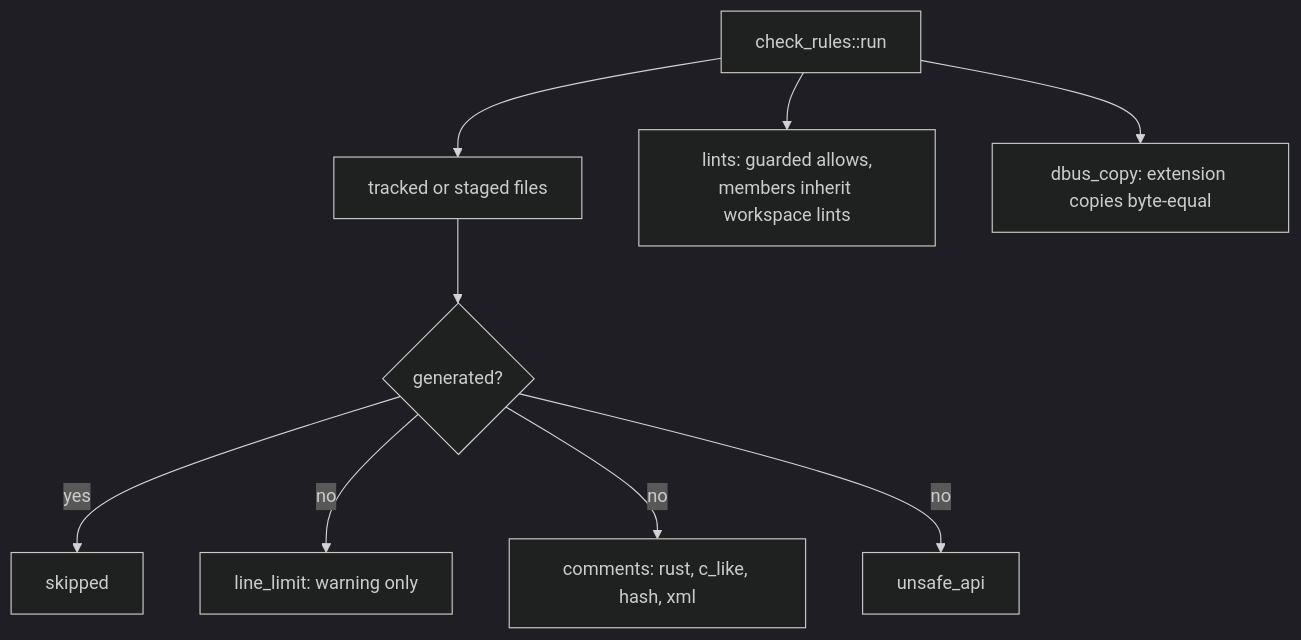
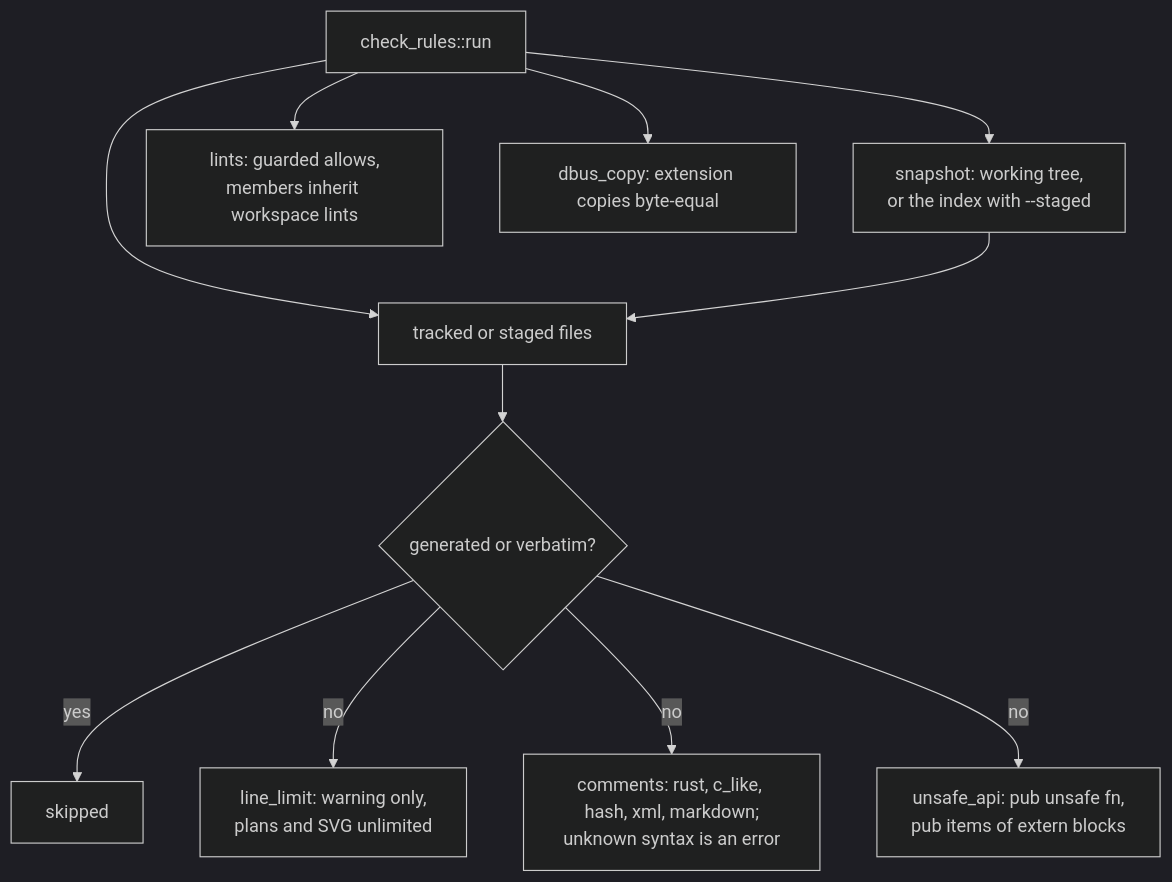
Before and after one commit to marcelogm/arctis-companion: the second of 2 diagrams in docs/architecture/rules.md, drawn with Mermaid (dark theme). The commit also changed other lines of this file and 2 other files, not shown here.

Commit message:
docs: record SP1 review outcomes

````diff
--- a/docs/architecture/rules.md
+++ b/docs/architecture/rules.md
@@ -16,11 +16,13 @@
 ```mermaid
 flowchart TD
     R["check_rules::run"] --> F["tracked or staged files"]
-    F --> G{"generated?"}
+    R --> SN["snapshot: working tree,<br/>or the index with --staged"]
+    SN --> F
+    F --> G{"generated or verbatim?"}
     G -- yes --> S["skipped"]
-    G -- no --> L["line_limit: warning only"]
-    G -- no --> CO["comments: rust, c_like, hash, xml"]
-    G -- no --> U["unsafe_api"]
+    G -- no --> L["line_limit: warning only,<br/>plans and SVG unlimited"]
+    G -- no --> CO["comments: rust, c_like, hash, xml, markdown;<br/>unknown syntax is an error"]
+    G -- no --> U["unsafe_api: pub unsafe fn,<br/>pub items of extern blocks"]
     R --> LI["lints: guarded allows,<br/>members inherit workspace lints"]
     R --> D["dbus_copy: extension copies byte-equal"]
 ```
````
